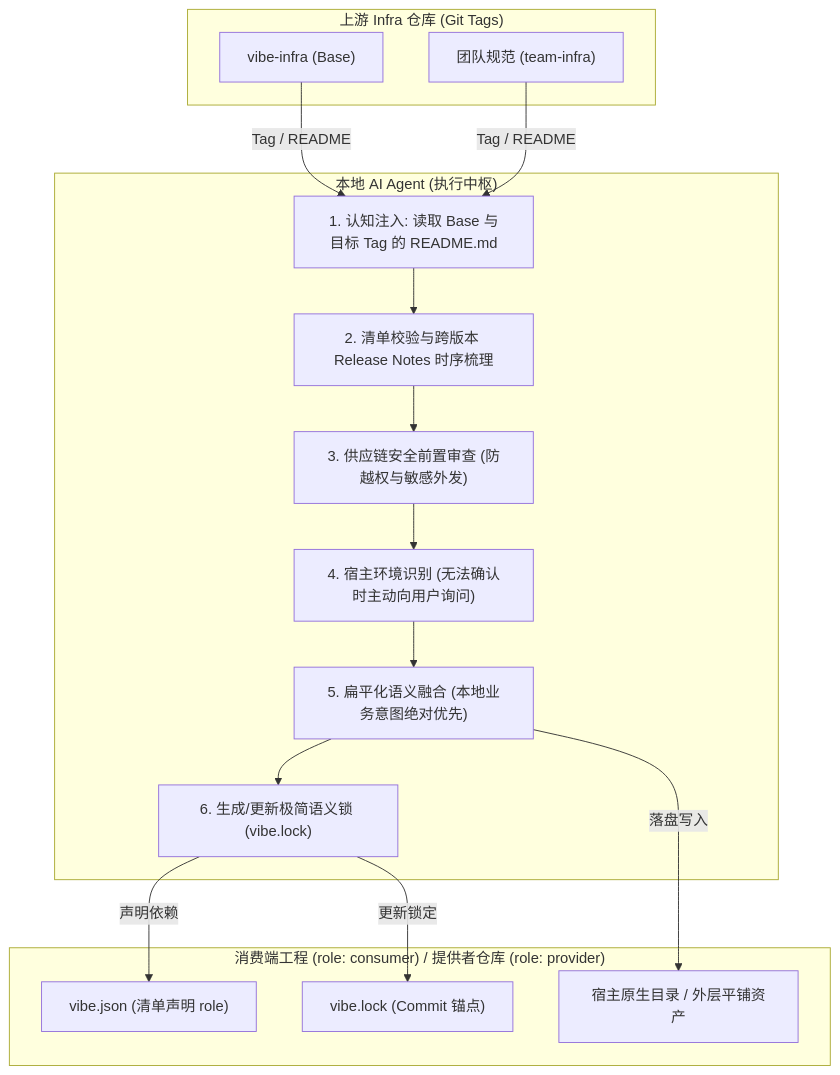
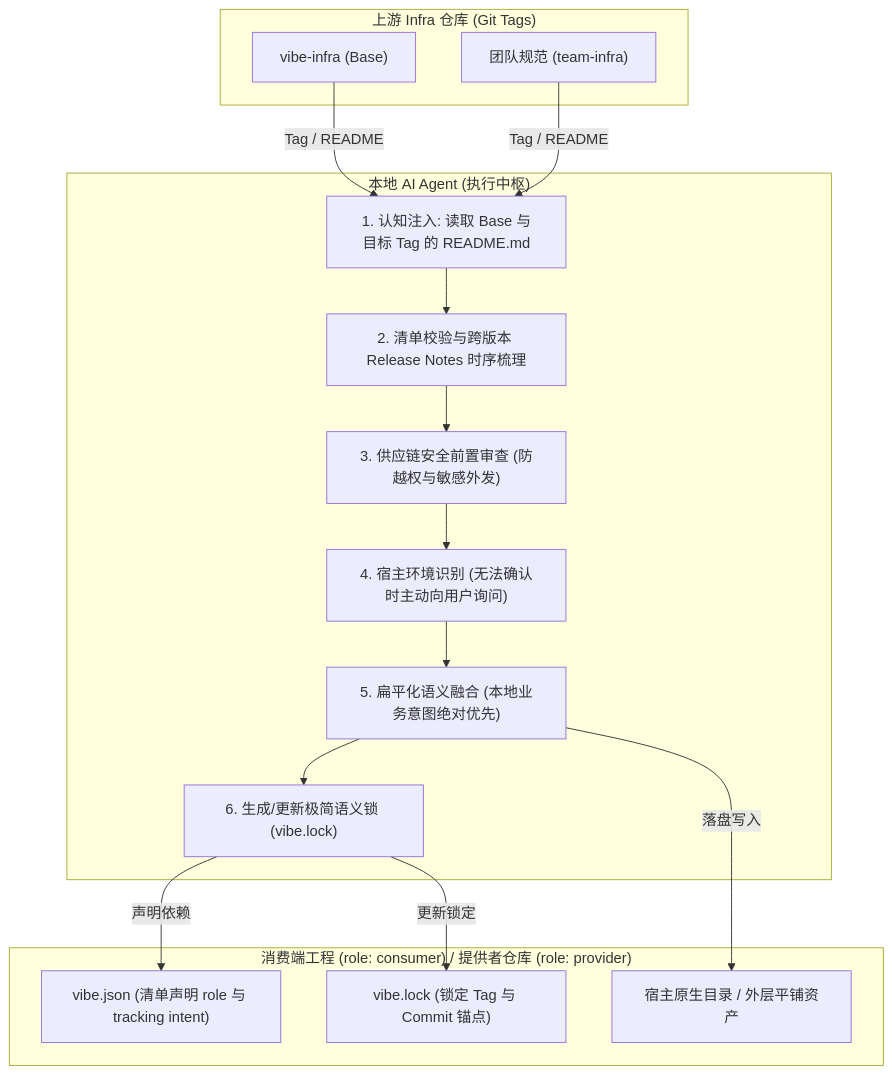
One commit to seho-dev/vibe-infra changed the diagram in README.zh-CN.md. Above: the diagram before and after it, drawn with Mermaid. The commit also changed other lines of this file and 6 other files, not shown here.

````diff
--- a/README.zh-CN.md
+++ b/README.zh-CN.md
@@ -29,33 +29,33 @@
 ```mermaid
 flowchart TD
     subgraph Upstream ["上游 Infra 仓库 (Git Tags)"]
         BaseInfra["vibe-infra (Base)"]
         TeamInfra["团队规范 (team-infra)"]
     end
 
     subgraph AgentEngine ["本地 AI Agent (执行中枢)"]
         Context["1. 认知注入: 读取 Base 与目标 Tag 的 README.md"]
         Verify["2. 清单校验与跨版本 Release Notes 时序梳理"]
         Audit["3. 供应链安全前置审查 (防越权与敏感外发)"]
         HarnessDetect["4. 宿主环境识别 (无法确认时主动向用户询问)"]
         SemanticMerge["5. 扁平化语义融合 (本地业务意图绝对优先)"]
         LockGen["6. 生成/更新极简语义锁 (vibe.lock)"]
     end
 
     subgraph LocalProject ["消费端工程 (role: consumer) / 提供者仓库 (role: provider)"]
-        VibeJson["vibe.json (清单声明 role)"]
-        VibeLock["vibe.lock (Commit 锚点)"]
+        VibeJson["vibe.json (清单声明 role 与 tracking intent)"]
+        VibeLock["vibe.lock (锁定 Tag 与 Commit 锚点)"]
         TargetDir["宿主原生目录 / 外层平铺资产"]
     end
 
     BaseInfra -->|"Tag / README"| Context
     TeamInfra -->|"Tag / README"| Context
     Context --> Verify
     Verify --> Audit
     Audit --> HarnessDetect
     HarnessDetect --> SemanticMerge
     SemanticMerge --> LockGen
     LockGen -->|"更新锁定"| VibeLock
     LockGen -->|"声明依赖"| VibeJson
     SemanticMerge -->|"落盘写入"| TargetDir
 ```
````
